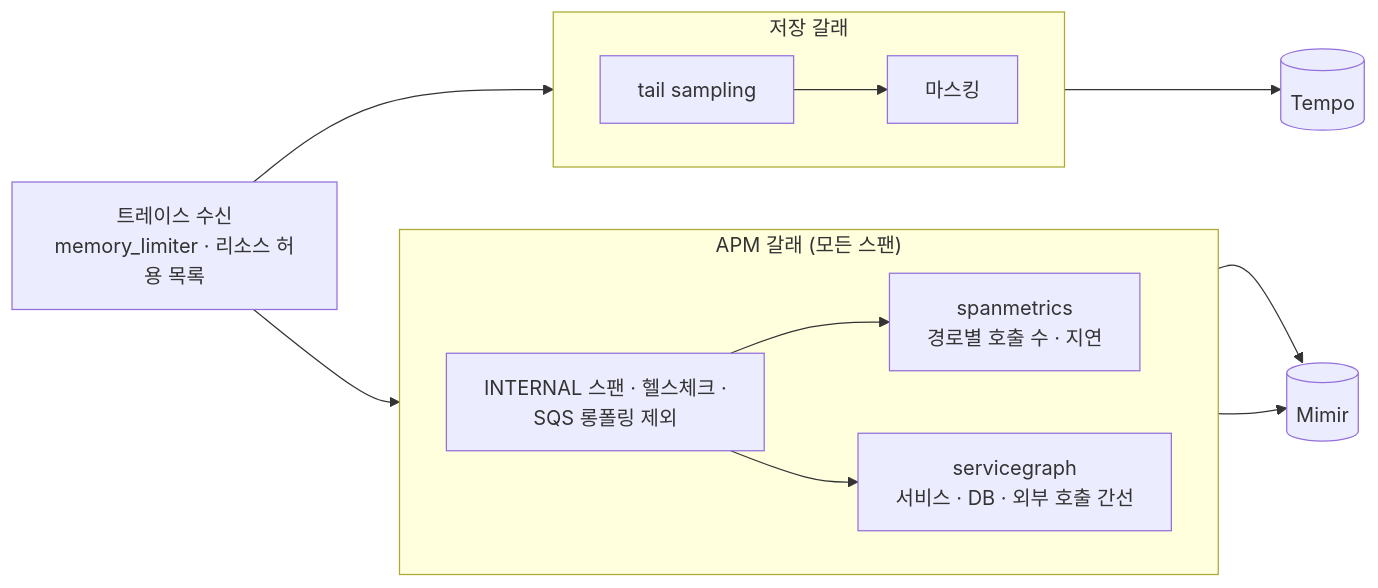
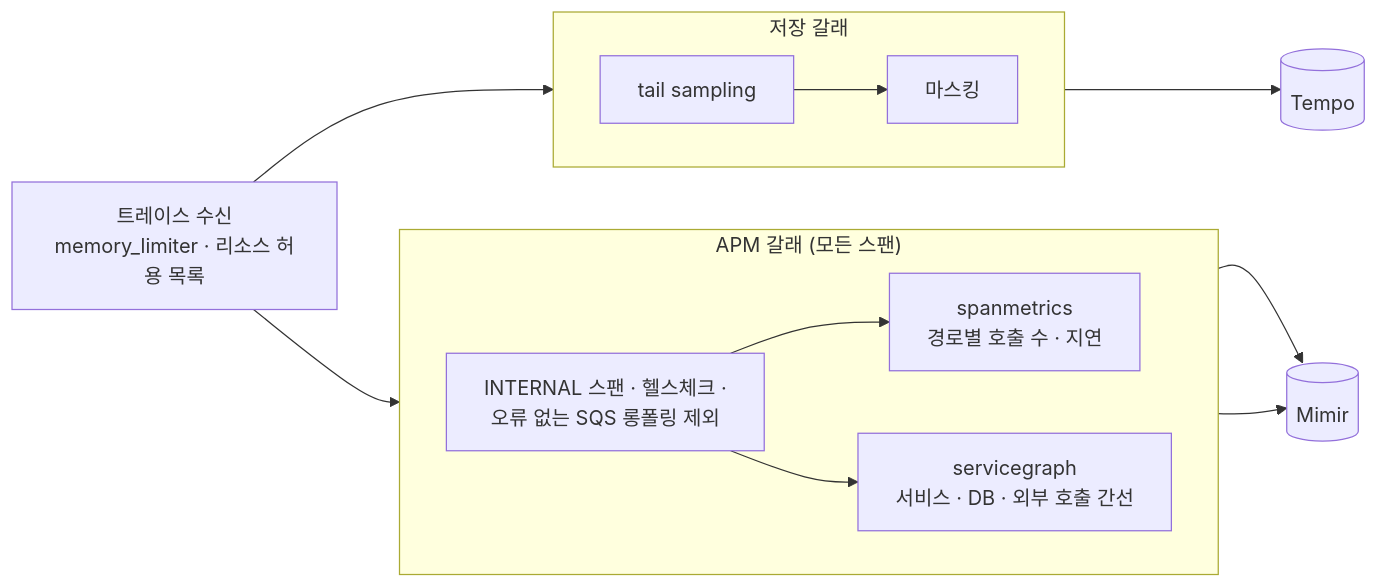
The third of 4 diagrams in terraform/aws/monitoring/lgtm/nova_apnortheast2/config/README.md (Grandis-2/nova-infra), drawn with Mermaid before and after one commit. The commit also changed other lines of this file, not shown here.

````diff
--- a/terraform/aws/monitoring/lgtm/nova_apnortheast2/config/README.md
+++ b/terraform/aws/monitoring/lgtm/nova_apnortheast2/config/README.md
@@ -89,15 +89,15 @@
 ```mermaid
 flowchart LR
   recv["트레이스 수신<br/>memory_limiter · 리소스 허용 목록"] --> apm & smp
   subgraph apm["APM 갈래 (모든 스팬)"]
     direction LR
-    f["INTERNAL 스팬 · 헬스체크 ·<br/>SQS 롱폴링 제외"] --> sm["spanmetrics<br/>경로별 호출 수 · 지연"]
+    f["INTERNAL 스팬 · 헬스체크 ·<br/>오류 없는 SQS 롱폴링 제외"] --> sm["spanmetrics<br/>경로별 호출 수 · 지연"]
     f --> sg["servicegraph<br/>서비스 · DB · 외부 호출 간선"]
   end
   subgraph smp["저장 갈래"]
     direction LR
     tail["tail sampling"] --> mask["마스킹"]
   end
   sm & sg --> mimir[("Mimir")]
   mask --> tempo[("Tempo")]
 ```
````
